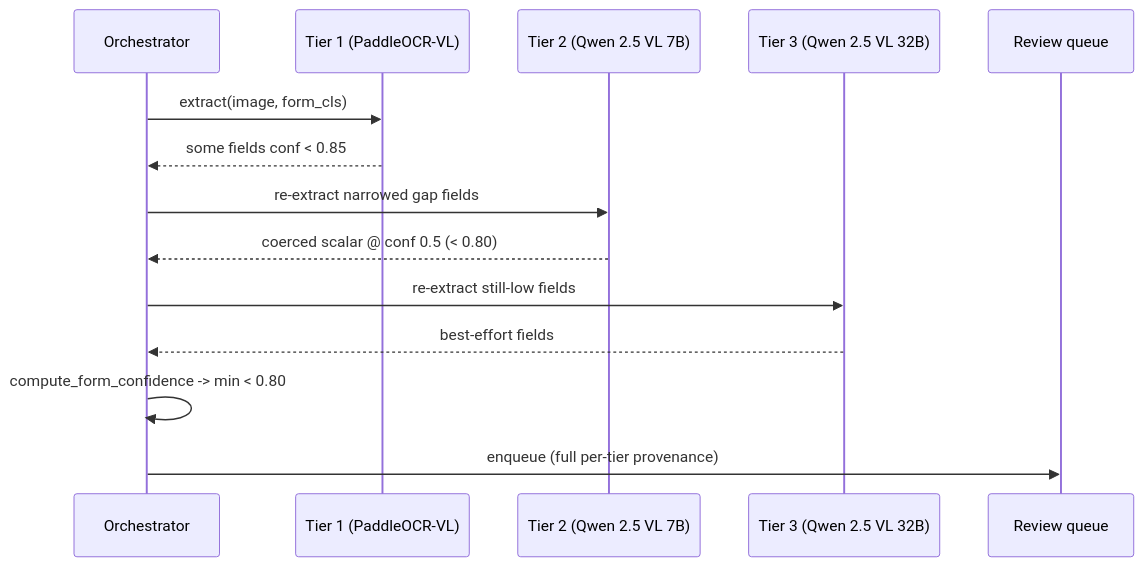
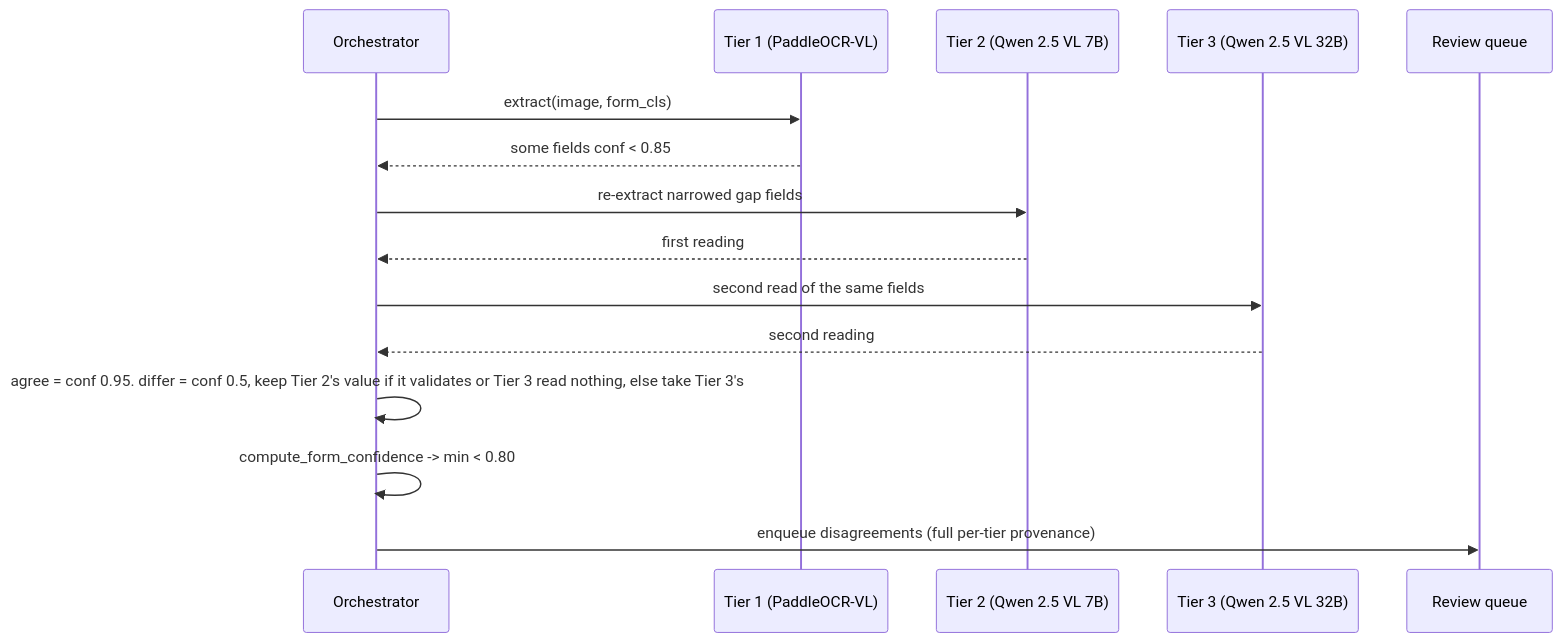
Before and after one commit to marky224/intake-form-ai-pipeline: the second of 2 diagrams in docs/architecture-deep-dive.md, drawn with Mermaid. The commit also changed other lines of this file and 22 other files, not shown here.

````diff
--- a/docs/architecture-deep-dive.md
+++ b/docs/architecture-deep-dive.md
@@ -129,16 +129,17 @@
 ```mermaid
 sequenceDiagram
     participant O as Orchestrator
     participant T1 as Tier 1 (PaddleOCR-VL)
     participant T2 as Tier 2 (Qwen 2.5 VL 7B)
     participant T3 as Tier 3 (Qwen 2.5 VL 32B)
     participant Q as Review queue
     O->>T1: extract(image, form_cls)
     T1-->>O: some fields conf < 0.85
     O->>T2: re-extract narrowed gap fields
-    T2-->>O: coerced scalar @ conf 0.5 (< 0.80)
-    O->>T3: re-extract still-low fields
-    T3-->>O: best-effort fields
+    T2-->>O: first reading
+    O->>T3: second read of the same fields
+    T3-->>O: second reading
+    O->>O: agree = conf 0.95. differ = conf 0.5, keep Tier 2's value if it validates or Tier 3 read nothing, else take Tier 3's
     O->>O: compute_form_confidence -> min < 0.80
-    O->>Q: enqueue (full per-tier provenance)
+    O->>Q: enqueue disagreements (full per-tier provenance)
 ```
````
